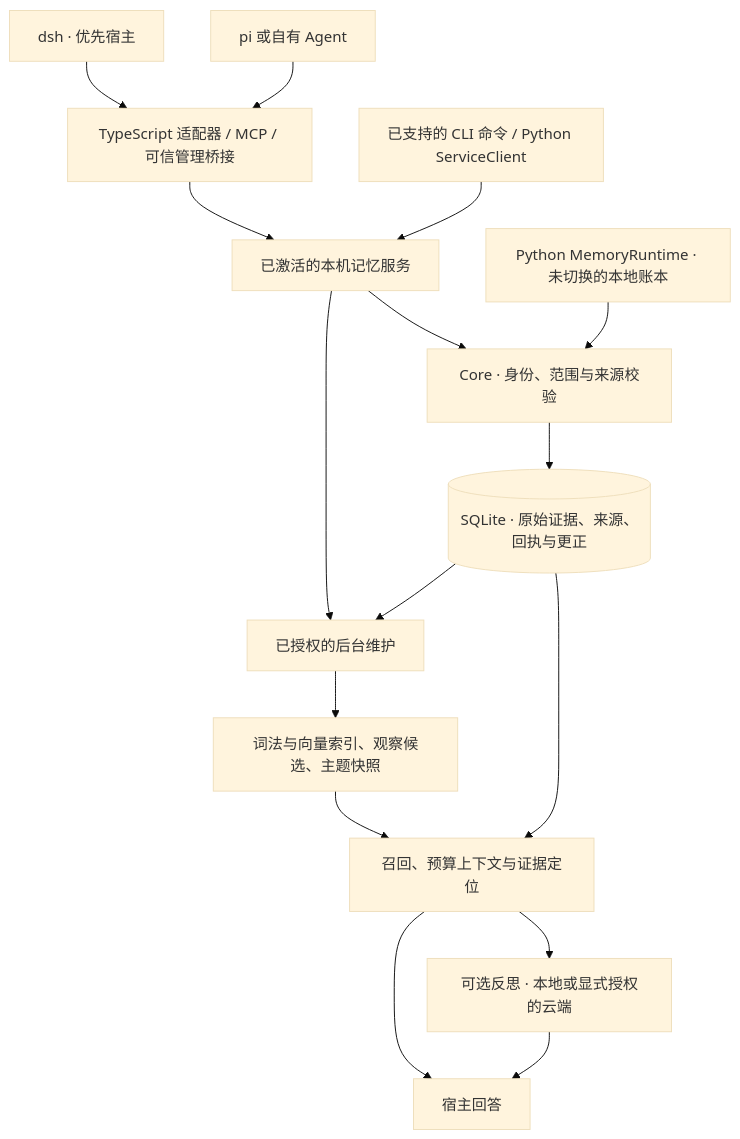
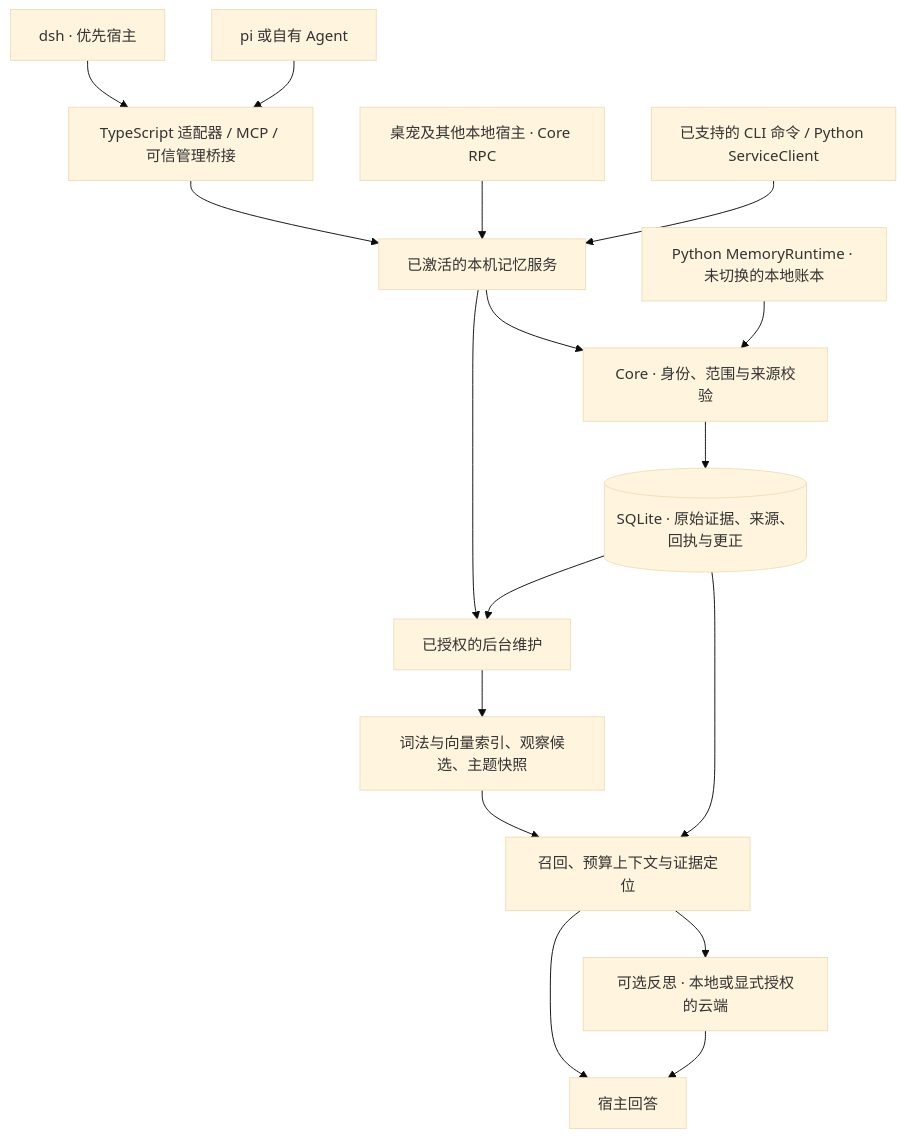
One commit to destinyTaoTao/evernook changed the diagram in README.md. Above: the diagram before and after it, drawn with Mermaid (base theme). The commit also changed other lines of this file and 7 other files, not shown here.

````diff
--- a/README.md
+++ b/README.md
@@ -35,18 +35,19 @@
 ```mermaid
 flowchart TD
     DSH["dsh · 优先宿主"] --> Adapters["TypeScript 适配器 / MCP / 可信管理桥接"]
     Other["pi 或自有 Agent"] --> Adapters
     Adapters --> Service["已激活的本机记忆服务"]
+    Pet["桌宠及其他本地宿主 · Core RPC"] --> Service
     CLI["已支持的 CLI 命令 / Python ServiceClient"] --> Service
     Service --> Core["Core · 身份、范围与来源校验"]
     Direct["Python MemoryRuntime · 未切换的本地账本"] --> Core
     Core --> Ledger[("SQLite · 原始证据、来源、回执与更正")]
     Service --> Idle["已授权的后台维护"]
     Ledger --> Idle
     Idle --> Derived["词法与向量索引、观察候选、主题快照"]
     Derived --> Recall["召回、预算上下文与证据定位"]
     Ledger --> Recall
     Recall --> Host["宿主回答"]
     Recall --> Reflect["可选反思 · 本地或显式授权的云端"]
     Reflect --> Host
 ```
````
